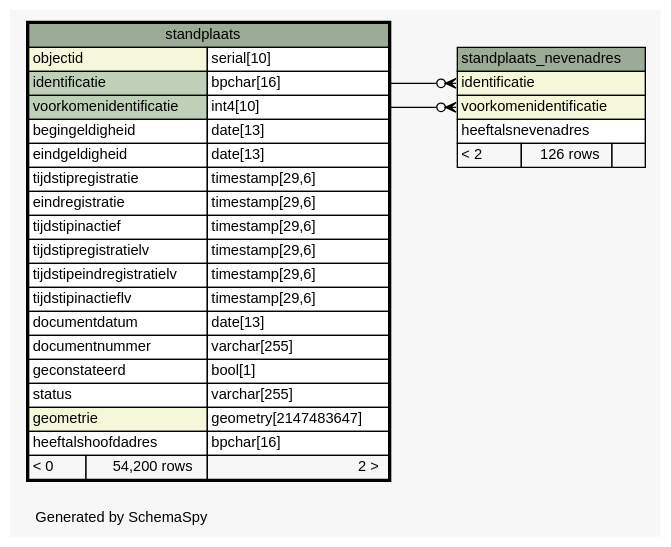
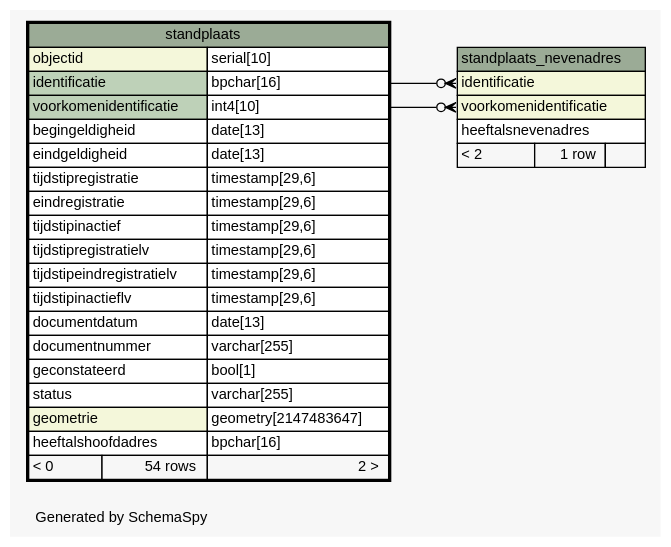
Before and after one commit to B3Partners/brmo: the diagram in datamodel/schemaspy/bag/diagrams/standplaats.1degree.dot, drawn with Graphviz. The commit also changed 36333 other files, not shown here.

```diff
--- a/datamodel/schemaspy/bag/diagrams/standplaats.1degree.dot
+++ b/datamodel/schemaspy/bag/diagrams/standplaats.1degree.dot
@@ -1,62 +1,62 @@
-// dot 2.43.0 on Linux 5.15.0-58-generic
+// dot 2.43.0 on Linux 5.19.0-46-generic
 // SchemaSpy rev Unknown
 digraph "oneDegreeRelationshipsDiagram" {
   graph [
     rankdir="RL"
     bgcolor="#f7f7f7"
     label="\nGenerated by SchemaSpy"
     labeljust="l"
     nodesep="0.18"
     ranksep="0.46"
     fontname="Helvetica"
     fontsize="11"
   ];
   node [
     fontname="Helvetica"
     fontsize="11"
     shape="plaintext"
   ];
   edge [
     arrowsize="0.8"
   ];
   "standplaats_nevenadres":"identificatie":w -> "standplaats":"identificatie.type":e [arrowhead=none dir=back arrowtail=crowodot];
   "standplaats_nevenadres":"voorkomenidentificatie":w -> "standplaats":"voorkomenidentificatie.type":e [arrowhead=none dir=back arrowtail=crowodot];
   "standplaats" [
     label=<
     <TABLE BORDER="2" CELLBORDER="1" CELLSPACING="0" BGCOLOR="#ffffff">
       <TR><TD COLSPAN="3" BGCOLOR="#9bab96" ALIGN="CENTER">standplaats</TD></TR>
       <TR><TD PORT="objectid" COLSPAN="2" BGCOLOR="#f4f7da" ALIGN="LEFT">objectid</TD><TD PORT="objectid.type" ALIGN="LEFT">serial[10]</TD></TR>
       <TR><TD PORT="identificatie" COLSPAN="2" BGCOLOR="#bed1b8" ALIGN="LEFT">identificatie</TD><TD PORT="identificatie.type" ALIGN="LEFT">bpchar[16]</TD></TR>
       <TR><TD PORT="voorkomenidentificatie" COLSPAN="2" BGCOLOR="#bed1b8" ALIGN="LEFT">voorkomenidentificatie</TD><TD PORT="voorkomenidentificatie.type" ALIGN="LEFT">int4[10]</TD></TR>
       <TR><TD PORT="begingeldigheid" COLSPAN="2" ALIGN="LEFT">begingeldigheid</TD><TD PORT="begingeldigheid.type" ALIGN="LEFT">date[13]</TD></TR>
       <TR><TD PORT="eindgeldigheid" COLSPAN="2" ALIGN="LEFT">eindgeldigheid</TD><TD PORT="eindgeldigheid.type" ALIGN="LEFT">date[13]</TD></TR>
       <TR><TD PORT="tijdstipregistratie" COLSPAN="2" ALIGN="LEFT">tijdstipregistratie</TD><TD PORT="tijdstipregistratie.type" ALIGN="LEFT">timestamp[29,6]</TD></TR>
       <TR><TD PORT="eindregistratie" COLSPAN="2" ALIGN="LEFT">eindregistratie</TD><TD PORT="eindregistratie.type" ALIGN="LEFT">timestamp[29,6]</TD></TR>
       <TR><TD PORT="tijdstipinactief" COLSPAN="2" ALIGN="LEFT">tijdstipinactief</TD><TD PORT="tijdstipinactief.type" ALIGN="LEFT">timestamp[29,6]</TD></TR>
       <TR><TD PORT="tijdstipregistratielv" COLSPAN="2" ALIGN="LEFT">tijdstipregistratielv</TD><TD PORT="tijdstipregistratielv.type" ALIGN="LEFT">timestamp[29,6]</TD></TR>
       <TR><TD PORT="tijdstipeindregistratielv" COLSPAN="2" ALIGN="LEFT">tijdstipeindregistratielv</TD><TD PORT="tijdstipeindregistratielv.type" ALIGN="LEFT">timestamp[29,6]</TD></TR>
       <TR><TD PORT="tijdstipinactieflv" COLSPAN="2" ALIGN="LEFT">tijdstipinactieflv</TD><TD PORT="tijdstipinactieflv.type" ALIGN="LEFT">timestamp[29,6]</TD></TR>
       <TR><TD PORT="documentdatum" COLSPAN="2" ALIGN="LEFT">documentdatum</TD><TD PORT="documentdatum.type" ALIGN="LEFT">date[13]</TD></TR>
       <TR><TD PORT="documentnummer" COLSPAN="2" ALIGN="LEFT">documentnummer</TD><TD PORT="documentnummer.type" ALIGN="LEFT">varchar[255]</TD></TR>
       <TR><TD PORT="geconstateerd" COLSPAN="2" ALIGN="LEFT">geconstateerd</TD><TD PORT="geconstateerd.type" ALIGN="LEFT">bool[1]</TD></TR>
       <TR><TD PORT="status" COLSPAN="2" ALIGN="LEFT">status</TD><TD PORT="status.type" ALIGN="LEFT">varchar[255]</TD></TR>
       <TR><TD PORT="geometrie" COLSPAN="2" BGCOLOR="#f4f7da" ALIGN="LEFT">geometrie</TD><TD PORT="geometrie.type" ALIGN="LEFT">geometry[2147483647]</TD></TR>
       <TR><TD PORT="heeftalshoofdadres" COLSPAN="2" ALIGN="LEFT">heeftalshoofdadres</TD><TD PORT="heeftalshoofdadres.type" ALIGN="LEFT">bpchar[16]</TD></TR>
-      <TR><TD ALIGN="LEFT" BGCOLOR="#f7f7f7">&lt; 0</TD><TD ALIGN="RIGHT" BGCOLOR="#f7f7f7">54,200 rows</TD><TD ALIGN="RIGHT" BGCOLOR="#f7f7f7">2 &gt;</TD></TR>
+      <TR><TD ALIGN="LEFT" BGCOLOR="#f7f7f7">&lt; 0</TD><TD ALIGN="RIGHT" BGCOLOR="#f7f7f7">54 rows</TD><TD ALIGN="RIGHT" BGCOLOR="#f7f7f7">2 &gt;</TD></TR>
     </TABLE>>
     URL="standplaats.html"
     tooltip="standplaats"
   ];
   "standplaats_nevenadres" [
     label=<
     <TABLE BORDER="0" CELLBORDER="1" CELLSPACING="0" BGCOLOR="#ffffff">
       <TR><TD COLSPAN="3" BGCOLOR="#9bab96" ALIGN="CENTER">standplaats_nevenadres</TD></TR>
       <TR><TD PORT="identificatie" COLSPAN="3" BGCOLOR="#f4f7da" ALIGN="LEFT">identificatie</TD></TR>
       <TR><TD PORT="voorkomenidentificatie" COLSPAN="3" BGCOLOR="#f4f7da" ALIGN="LEFT">voorkomenidentificatie</TD></TR>
       <TR><TD PORT="heeftalsnevenadres" COLSPAN="3" ALIGN="LEFT">heeftalsnevenadres</TD></TR>
-      <TR><TD ALIGN="LEFT" BGCOLOR="#f7f7f7">&lt; 2</TD><TD ALIGN="RIGHT" BGCOLOR="#f7f7f7">126 rows</TD><TD ALIGN="RIGHT" BGCOLOR="#f7f7f7">  </TD></TR>
+      <TR><TD ALIGN="LEFT" BGCOLOR="#f7f7f7">&lt; 2</TD><TD ALIGN="RIGHT" BGCOLOR="#f7f7f7">1 row</TD><TD ALIGN="RIGHT" BGCOLOR="#f7f7f7">  </TD></TR>
     </TABLE>>
     URL="standplaats_nevenadres.html"
     tooltip="standplaats_nevenadres"
   ];
 }
```
